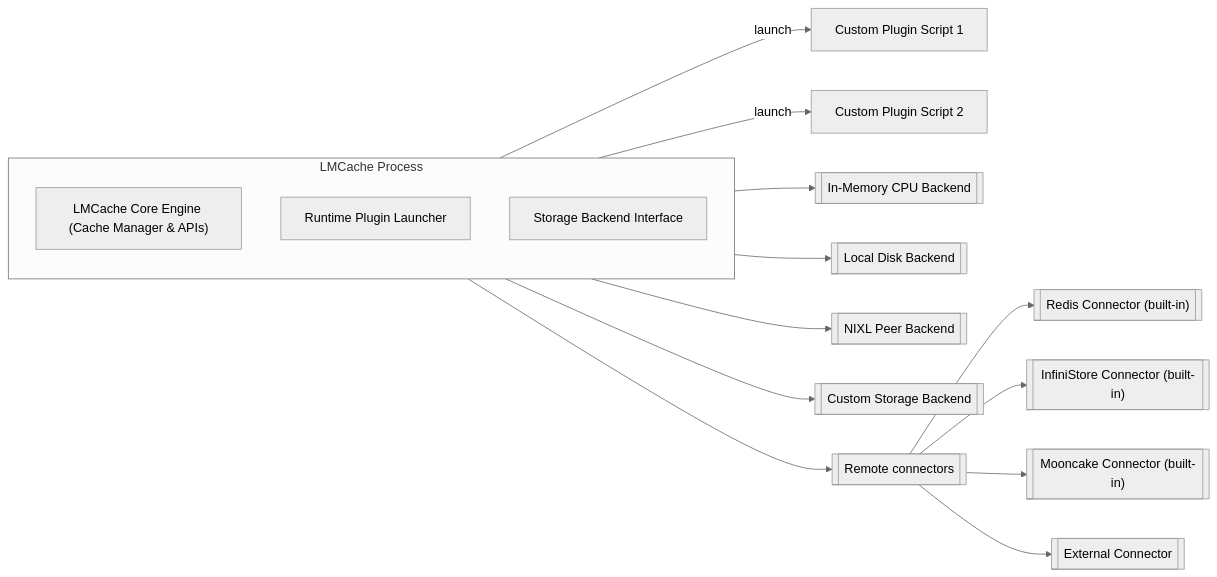
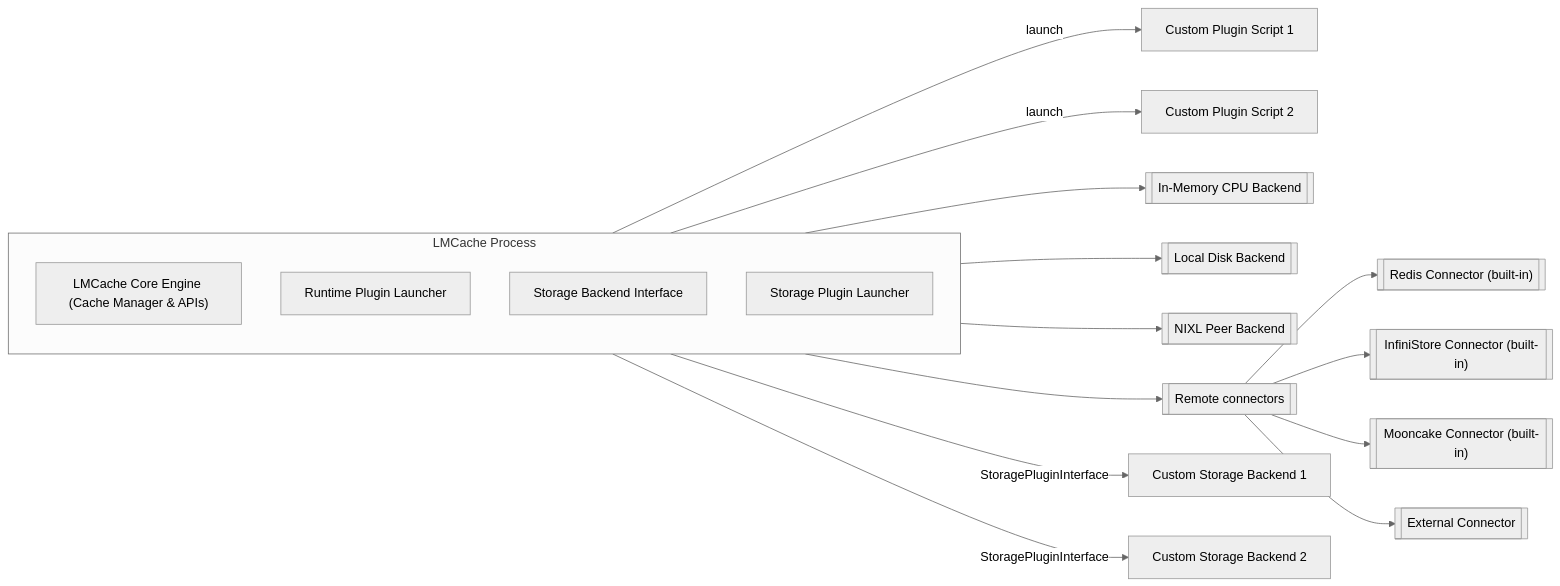
One commit to LMCache/LMCache changed the diagram in docs/source/developer_guide/extending_lmcache/index.rst. Above: the diagram before and after it, drawn with Mermaid (neutral theme). The commit also changed other lines of this file and 3 other files, not shown here.

Commit message:
Refactor documentation to better align runtime and storage plugins

```diff
--- a/docs/source/developer_guide/extending_lmcache/index.rst
+++ b/docs/source/developer_guide/extending_lmcache/index.rst
@@ -10,23 +10,26 @@
 .. mermaid::
 
    flowchart LR
       subgraph "LMCache Process"
          direction TB
          core["LMCache Core Engine (Cache Manager & APIs)"]
-         pluginMgr["Runtime Plugin Launcher"]
+         runtimePluginMgr["Runtime Plugin Launcher"]
          backendMgr["Storage Backend Interface"]
+         storagePluginMgr["Storage Plugin Launcher"]
       end
 
-      pluginMgr -->|"launch"| plugin1["Custom Plugin Script 1"]
-      pluginMgr -->|"launch"| plugin2["Custom Plugin Script 2"]
+      runtimePluginMgr -->|"launch"| plugin1["Custom Plugin Script 1"]
+      runtimePluginMgr -->|"launch"| plugin2["Custom Plugin Script 2"]
 
       backendMgr --> CPUBackend[["In-Memory CPU Backend"]]
       backendMgr --> DiskBackend[["Local Disk Backend"]]
       backendMgr --> NIXLBackend[["NIXL Peer Backend"]]
-      backendMgr --> CustomBackend[["Custom Storage Backend"]]
       backendMgr --> RemoteBackend[["Remote connectors"]]
 
       RemoteBackend --> RedisConnector[["Redis Connector (built-in)"]]
       RemoteBackend --> InfiniConnector[["InfiniStore Connector (built-in)"]]
       RemoteBackend --> MooncakeConnector[["Mooncake Connector (built-in)"]]
       RemoteBackend --> CustomConnector[["External Connector"]]
+
+      storagePluginMgr --> |"StoragePluginInterface"| strplugin1["Custom Storage Backend 1"]
+      storagePluginMgr --> |"StoragePluginInterface"| strplugin2["Custom Storage Backend 2"]
```
